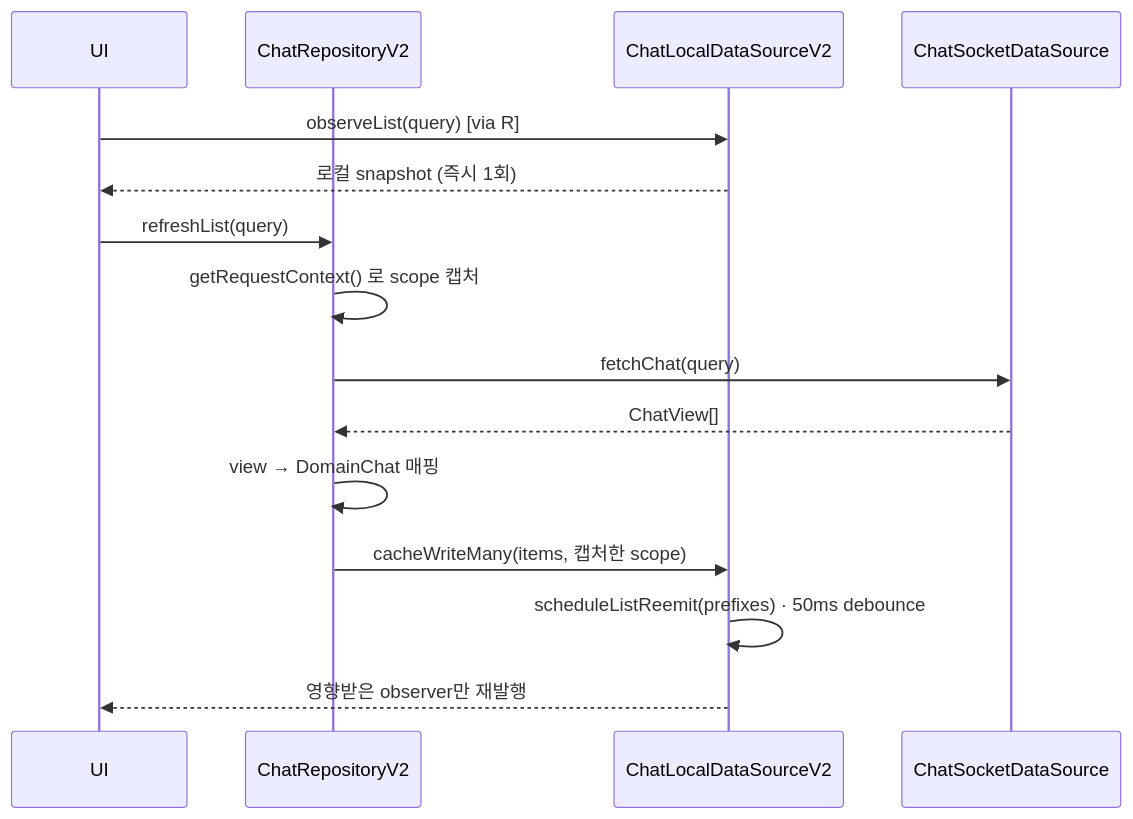
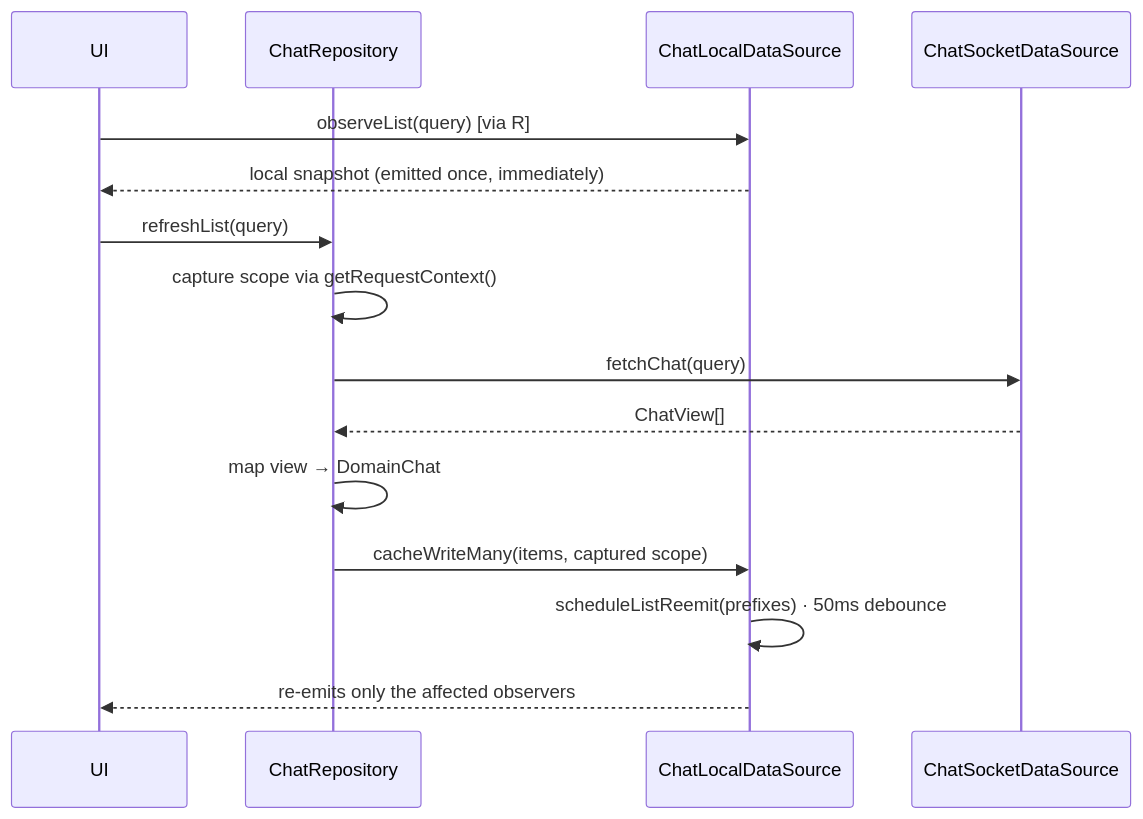
The second of 2 diagrams in libs/data/README.md (lemoncloud-io/dou-app), drawn with Mermaid before and after one commit. The commit also changed other lines of this file and 86 other files, not shown here.

First line of the commit message:
refactor(data): retire sid as a cache observer scope axis

````diff
--- a/libs/data/README.md
+++ b/libs/data/README.md
@@ -73,19 +83,19 @@
 ```mermaid
 sequenceDiagram
     participant UI
-    participant R as ChatRepositoryV2
-    participant L as ChatLocalDataSourceV2
+    participant R as ChatRepository
+    participant L as ChatLocalDataSource
     participant S as ChatSocketDataSource
 
     UI->>L: observeList(query) [via R]
-    L-->>UI: 로컬 snapshot (즉시 1회)
+    L-->>UI: local snapshot (emitted once, immediately)
 
     UI->>R: refreshList(query)
-    R->>R: getRequestContext() 로 scope 캡처
+    R->>R: capture scope via getRequestContext()
     R->>S: fetchChat(query)
     S-->>R: ChatView[]
-    R->>R: view → DomainChat 매핑
-    R->>L: cacheWriteMany(items, 캡처한 scope)
+    R->>R: map view → DomainChat
+    R->>L: cacheWriteMany(items, captured scope)
     L->>L: scheduleListReemit(prefixes) · 50ms debounce
-    L-->>UI: 영향받은 observer만 재발행
+    L-->>UI: re-emits only the affected observers
 ```
````
